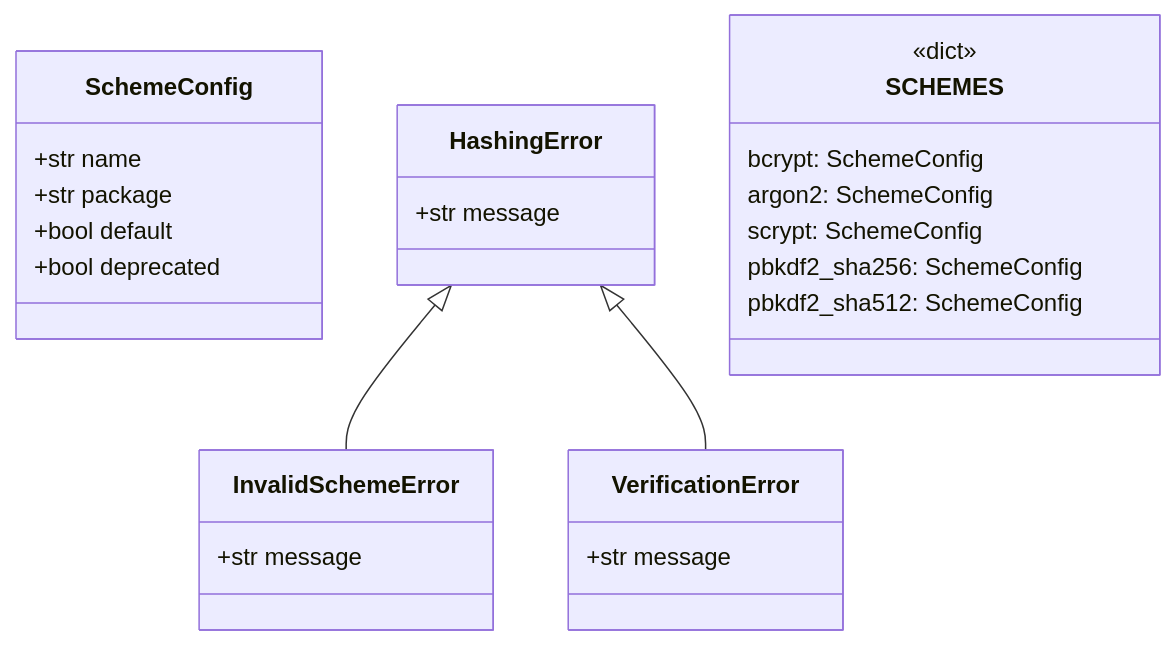
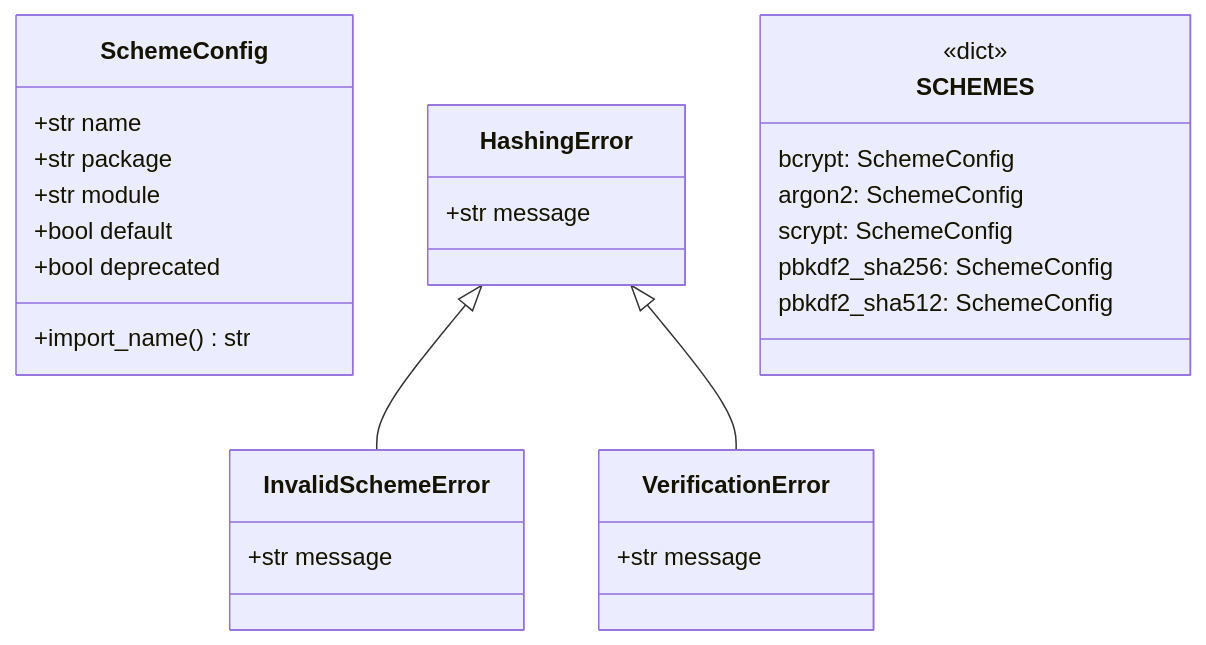
The second of 2 diagrams in docs/docs/src/content/docs/advanced/hashing.md (sillohq/core), drawn with Mermaid before and after one commit. The commit also changed other lines of this file, not shown here.

````diff
--- a/docs/docs/src/content/docs/advanced/hashing.md
+++ b/docs/docs/src/content/docs/advanced/hashing.md
@@ -54,33 +54,35 @@
 ```mermaid
 classDiagram
     class SchemeConfig {
         +str name
         +str package
+        +str module
         +bool default
         +bool deprecated
+        +import_name() str
     }
 
     class HashingError {
         +str message
     }
 
     class InvalidSchemeError {
         +str message
     }
 
     class VerificationError {
         +str message
     }
 
     HashingError <|-- InvalidSchemeError
     HashingError <|-- VerificationError
 
     class SCHEMES {
         <<dict>>
         bcrypt: SchemeConfig
         argon2: SchemeConfig
         scrypt: SchemeConfig
         pbkdf2_sha256: SchemeConfig
         pbkdf2_sha512: SchemeConfig
     }
 ```
````
